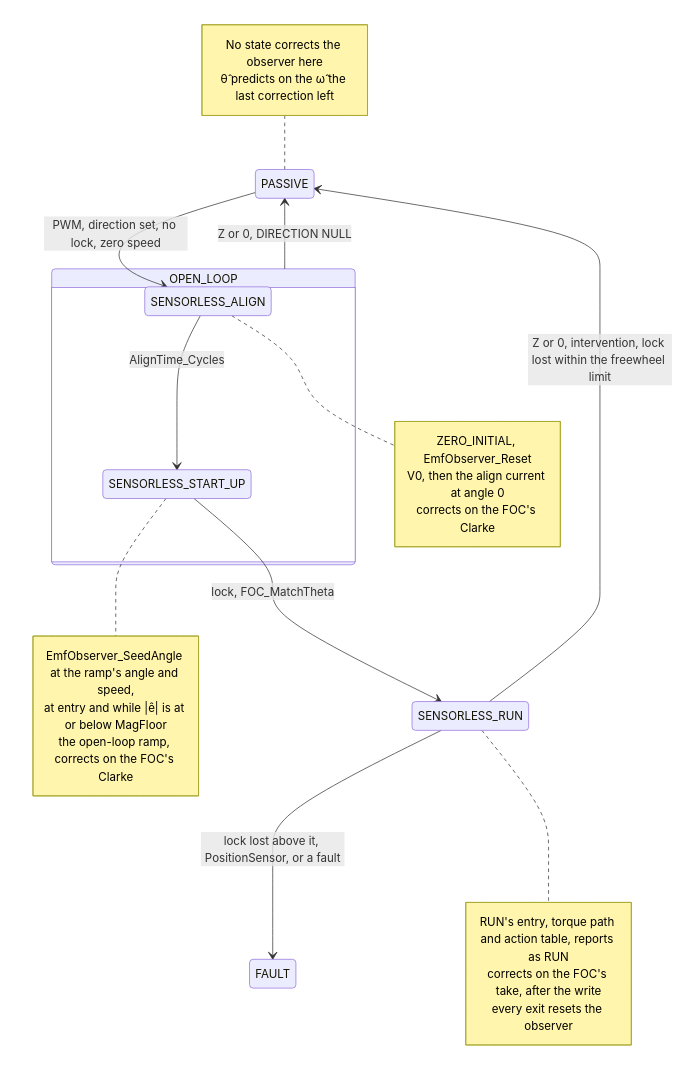
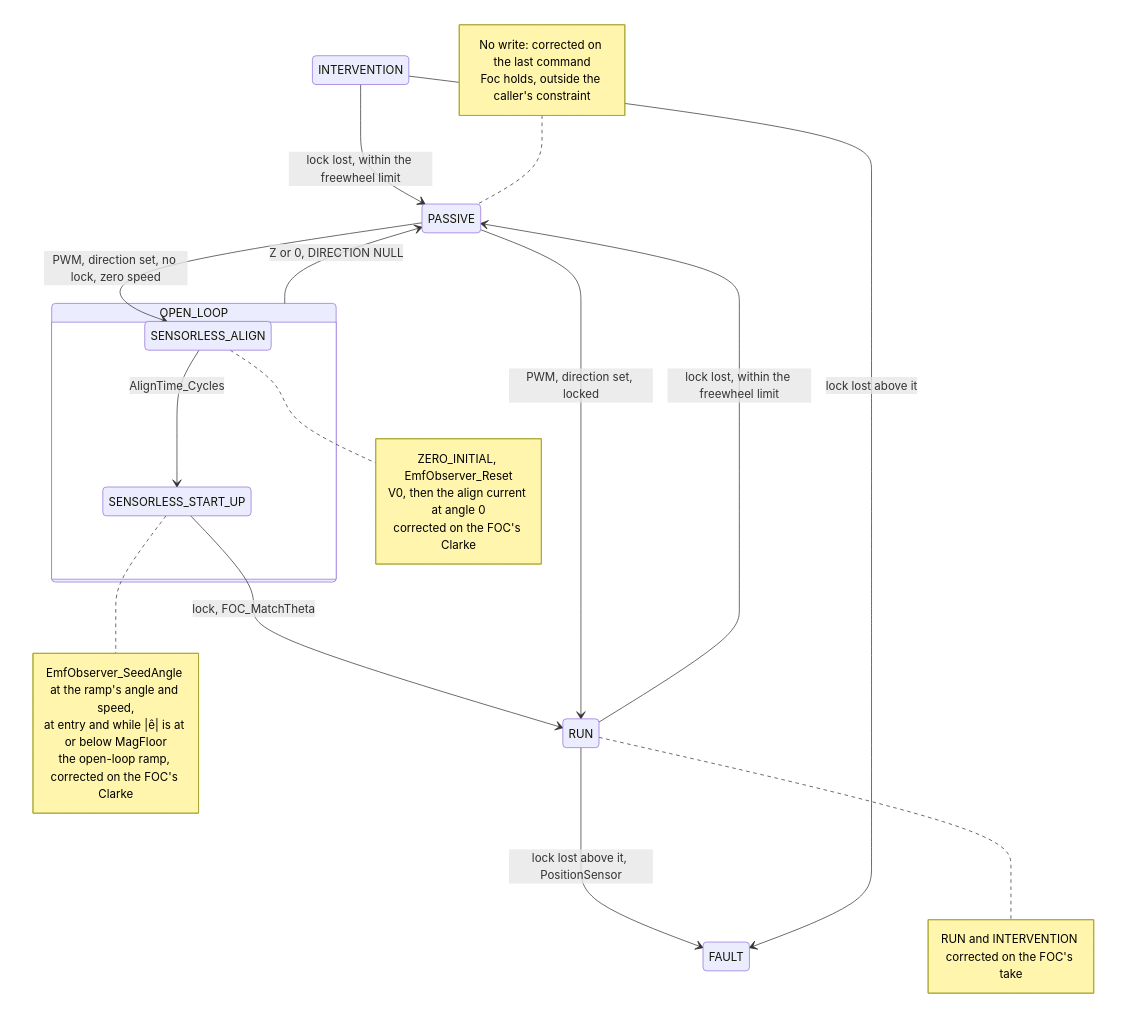
The eighth of 9 diagrams in Motor/Docs/Sensorless.md (FireSourcery/FireSourcery_Library), drawn with Mermaid before and after one commit. The commit also changed other lines of this file and 25 other files, not shown here.

````diff
--- a/Motor/Docs/Sensorless.md
+++ b/Motor/Docs/Sensorless.md
@@ -364,30 +364,31 @@
 ```mermaid
 stateDiagram-v2
     PASSIVE --> SENSORLESS_ALIGN: PWM, direction set, no lock, zero speed
     state OPEN_LOOP {
         SENSORLESS_ALIGN --> SENSORLESS_START_UP: AlignTime_Cycles
         note right of SENSORLESS_ALIGN
             ZERO_INITIAL, EmfObserver_Reset
             V0, then the align current at angle 0
-            corrects on the FOC's Clarke
+            corrected on the FOC's Clarke
         end note
         note right of SENSORLESS_START_UP
             EmfObserver_SeedAngle at the ramp's angle and speed,
             at entry and while |ê| is at or below MagFloor
-            the open-loop ramp, corrects on the FOC's Clarke
+            the open-loop ramp, corrected on the FOC's Clarke
         end note
     }
-    SENSORLESS_START_UP --> SENSORLESS_RUN: lock, FOC_MatchTheta
+    SENSORLESS_START_UP --> RUN: lock, FOC_MatchTheta
+    PASSIVE --> RUN: PWM, direction set, locked
     OPEN_LOOP --> PASSIVE: Z or 0, DIRECTION NULL
-    SENSORLESS_RUN --> PASSIVE: Z or 0, intervention, lock lost within the freewheel limit
-    SENSORLESS_RUN --> FAULT: lock lost above it, PositionSensor, or a fault
-    note right of SENSORLESS_RUN
-        RUN's entry, torque path and action table, reports as RUN
-        corrects on the FOC's take, after the write
-        every exit resets the observer
+    RUN --> PASSIVE: lock lost, within the freewheel limit
+    RUN --> FAULT: lock lost above it, PositionSensor
+    INTERVENTION --> PASSIVE: lock lost, within the freewheel limit
+    INTERVENTION --> FAULT: lock lost above it
+    note right of RUN
+        RUN and INTERVENTION corrected on the FOC's take
     end note
     note left of PASSIVE
-        No state corrects the observer here
-        θ̂ predicts on the ω̂ the last correction left
+        No write: corrected on the last command
+        Foc holds, outside the caller's constraint
     end note
 ```
````
